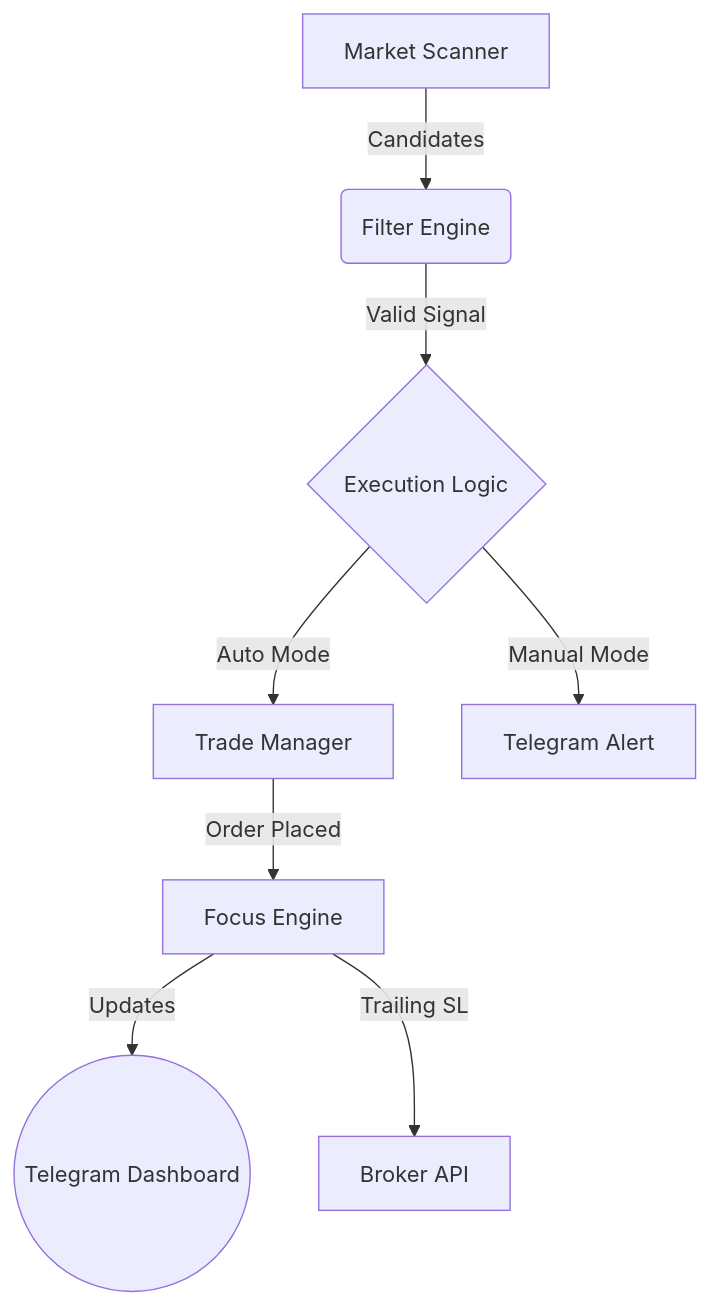
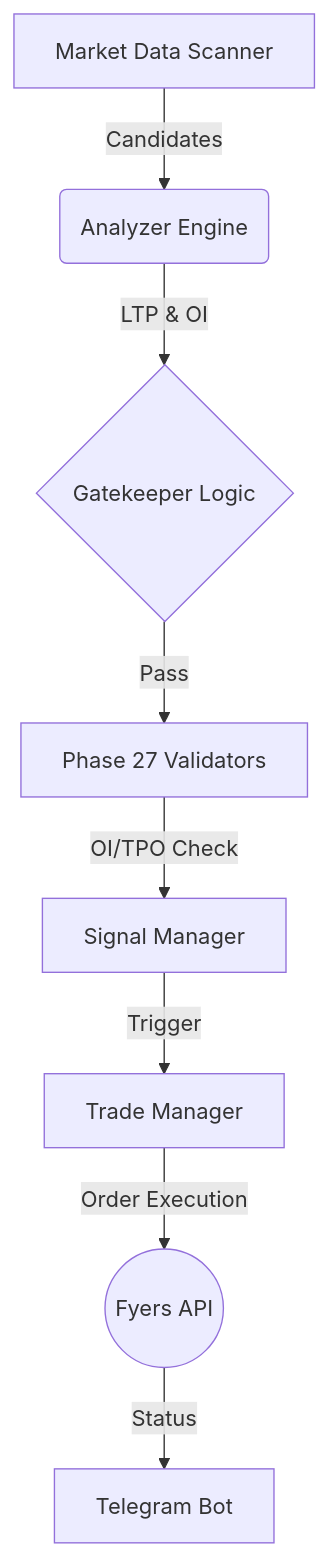
One commit to nabrahma/ShortCircuit changed the diagram in README.md. Above: the diagram before and after it, drawn with Mermaid. The commit also changed other lines of this file and 1 other file, not shown here.

Commit message:
docs: overhaul readme to pro standard and update strategy manual

````diff
--- a/README.md
+++ b/README.md
@@ -21,10 +34,10 @@
 ```mermaid
 graph TD
-    A[Market Scanner] -->|Candidates| B(Filter Engine)
-    B -->|Valid Signal| C{Execution Logic}
-    C -->|Auto Mode| D[Trade Manager]
-    C -->|Manual Mode| E[Telegram Alert]
-    D -->|Order Placed| F[Focus Engine]
-    F -->|Updates| G((Telegram Dashboard))
-    F -->|Trailing SL| H[Broker API]
+    A[Market Data Scanner] -->|Candidates| B(Analyzer Engine)
+    B -->|LTP & OI| C{Gatekeeper Logic}
+    C -->|Pass| D[Phase 27 Validators]
+    D -->|OI/TPO Check| E[Signal Manager]
+    E -->|Trigger| F[Trade Manager]
+    F -->|Order Execution| G((Fyers API))
+    G -->|Status| H[Telegram Bot]
 ```
````
